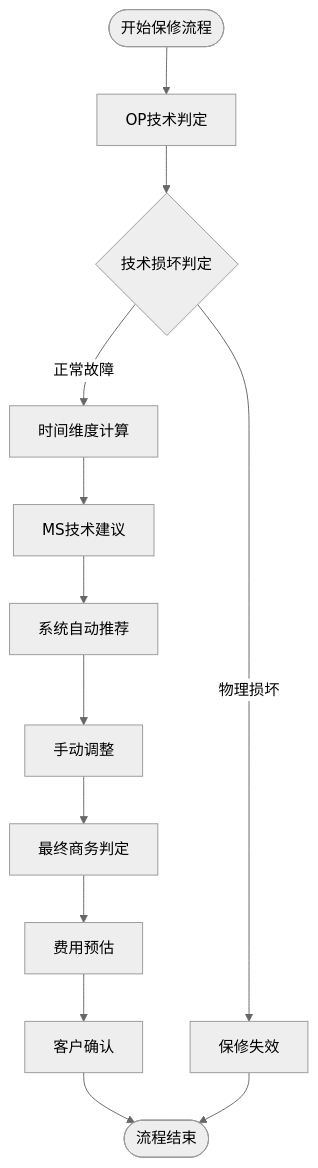
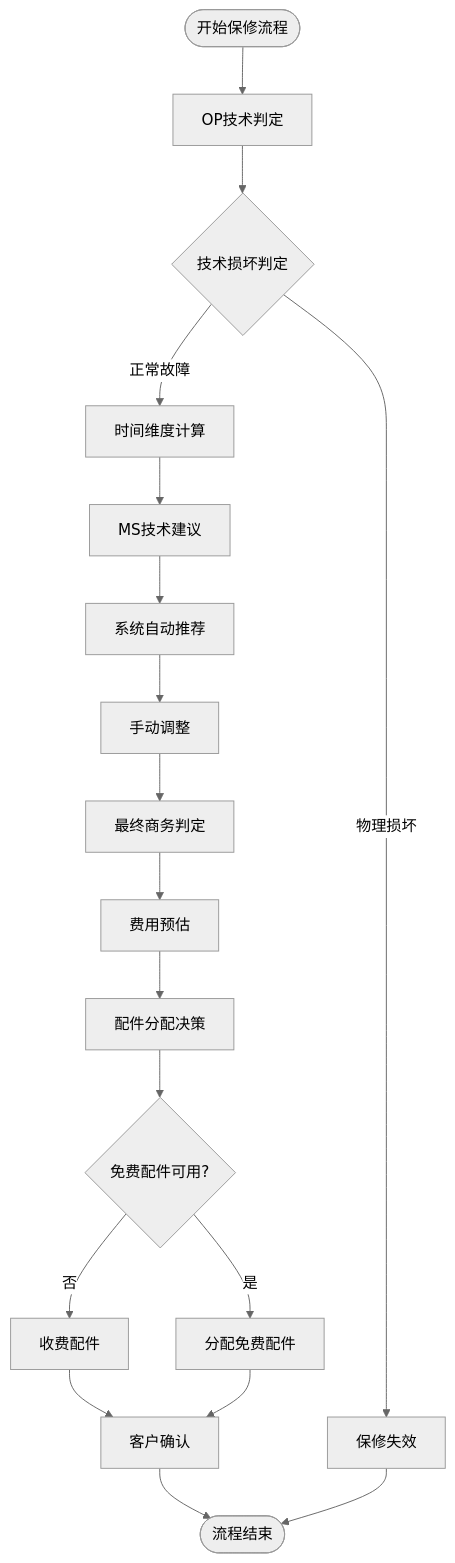
Before and after one commit to CubeEdge/Longhorn: the second of 8 diagrams in .qoder/repowiki/zh/content/前端组件架构/服务工作流增强/保修管理系统.md, drawn with Mermaid (neutral theme). The commit also changed other lines of this file and 28 other files, not shown here.

````diff
--- a/.qoder/repowiki/zh/content/前端组件架构/服务工作流增强/保修管理系统.md
+++ b/.qoder/repowiki/zh/content/前端组件架构/服务工作流增强/保修管理系统.md
@@ -134,15 +147,20 @@
 ```mermaid
 flowchart TD
 Start([开始保修流程]) --> OPAssessment[OP技术判定]
 OPAssessment --> CheckDamage{技术损坏判定}
 CheckDamage --> |物理损坏| VoidWarranty[保修失效]
 CheckDamage --> |正常故障| TimeCalculation[时间维度计算]
 TimeCalculation --> MSTechnical[MS技术建议]
 MSTechnical --> AutoRecommend[系统自动推荐]
 AutoRecommend --> ManualOverride[手动调整]
 ManualOverride --> FinalDecision[最终商务判定]
 FinalDecision --> CostEstimation[费用预估]
-CostEstimation --> CustomerConfirmation[客户确认]
+CostEstimation --> PartsAllocation[配件分配决策]
+PartsAllocation --> FreePartsCheck{免费配件可用?}
+FreePartsCheck --> |是| AllocateFreeParts[分配免费配件]
+FreePartsCheck --> |否| ChargeParts[收费配件]
+ChargeParts --> CustomerConfirmation[客户确认]
+AllocateFreeParts --> CustomerConfirmation
 CustomerConfirmation --> End([流程结束])
 VoidWarranty --> End
 ```
````
